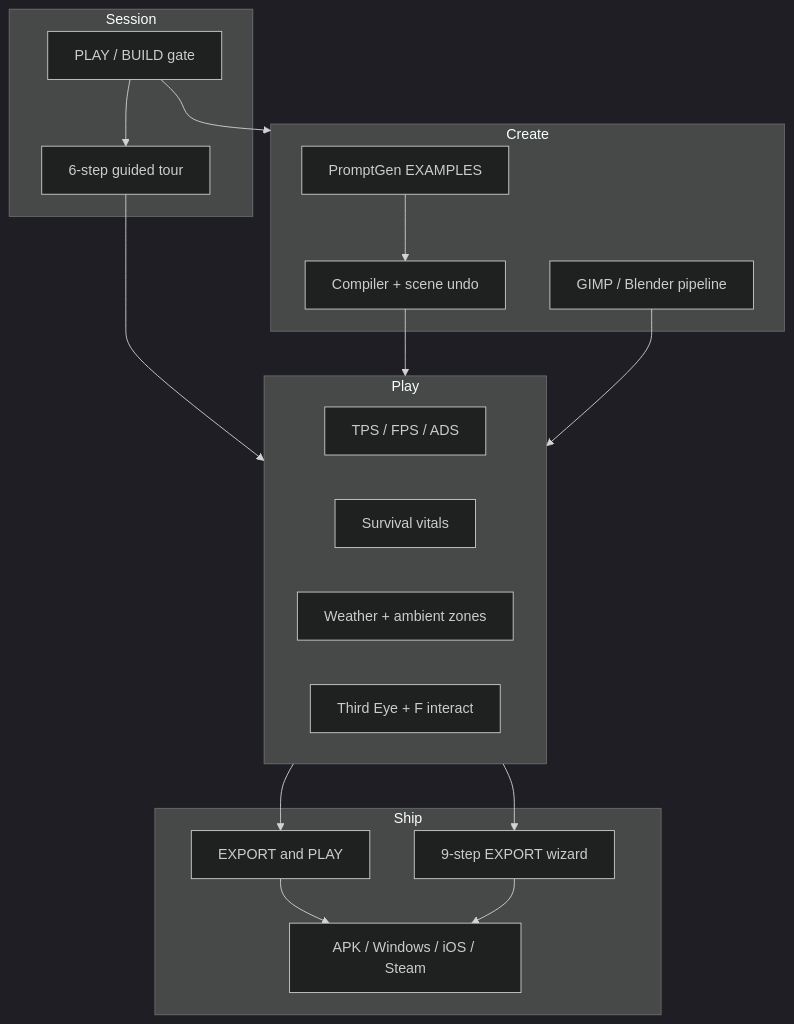
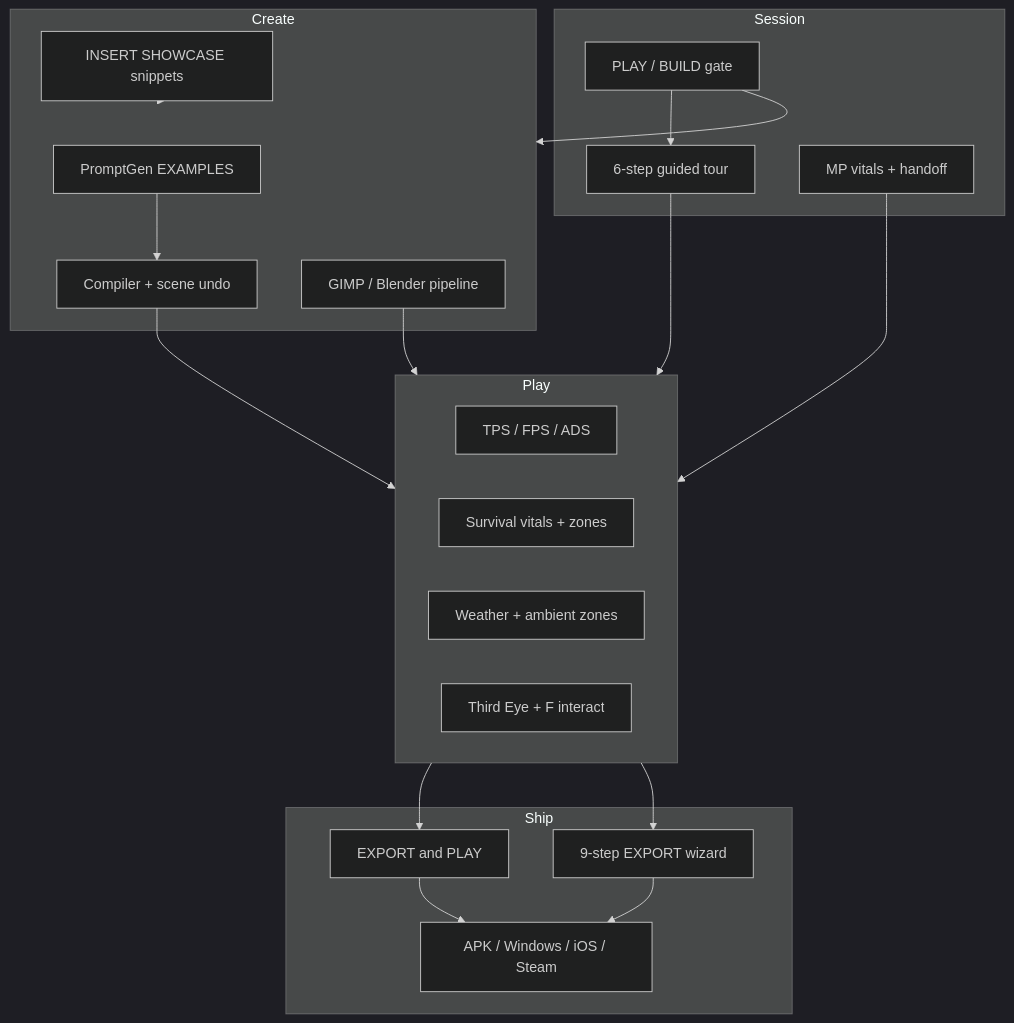
Before and after one commit to medicinalsheep/threshold: the diagram in docs/README.md, drawn with Mermaid (dark theme). The commit also changed other lines of this file and 13 other files, not shown here.

````diff
--- a/docs/README.md
+++ b/docs/README.md
@@ -25,29 +25,33 @@
 ```mermaid
 flowchart TB
     subgraph session [Session]
         MODE[PLAY / BUILD gate]
         TOUR[6-step guided tour]
+        MP[MP vitals + handoff]
     end
     subgraph play [Play]
         TPS[TPS / FPS / ADS]
-        SURV[Survival vitals]
+        SURV[Survival vitals + zones]
         WX[Weather + ambient zones]
         TE[Third Eye + F interact]
     end
     subgraph create [Create]
+        SNIP[INSERT SHOWCASE snippets]
         PG[PromptGen EXAMPLES]
         COMP[Compiler + scene undo]
         ART[GIMP / Blender pipeline]
     end
     subgraph ship [Ship]
         QEP[EXPORT and PLAY]
         EXP[9-step EXPORT wizard]
         NAT[APK / Windows / iOS / Steam]
     end
     MODE --> TOUR --> play
     MODE --> create
+    SNIP --> create
     PG --> COMP --> play
     ART --> play
     play --> QEP --> NAT
     play --> EXP --> NAT
+    MP --> play
 ```
````
